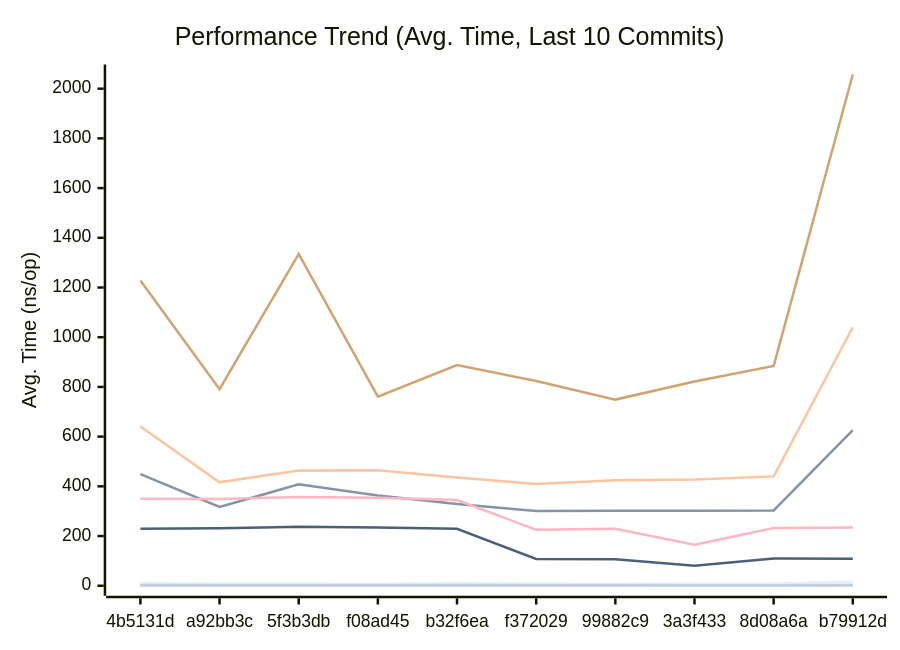
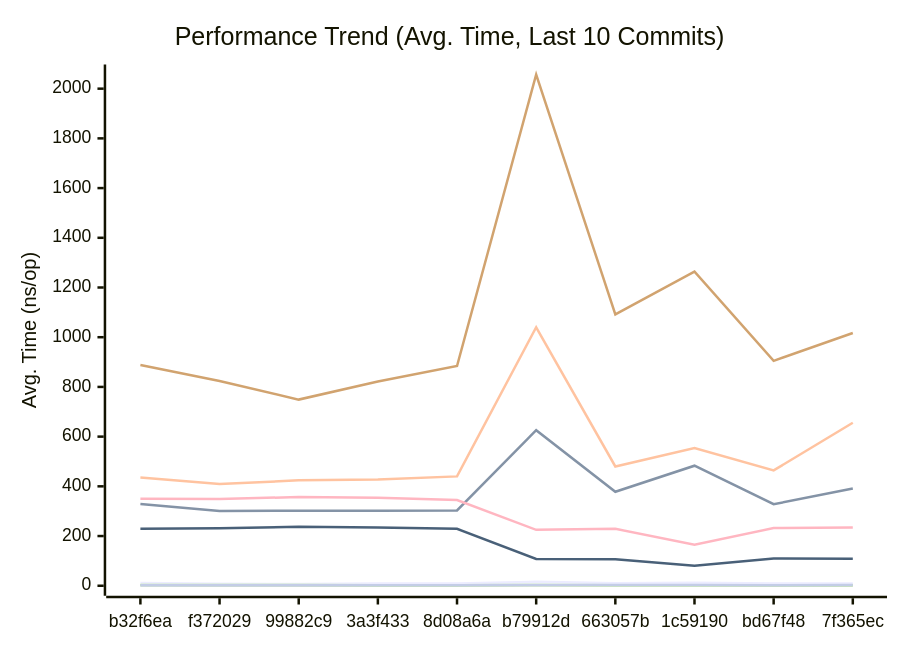
The first of 3 diagrams in docs/PERFORMANCE.md (alsotoes/momo), drawn with Mermaid before and after one commit. The commit also changed other lines of this file and 2 other files, not shown here.

````diff
--- a/docs/PERFORMANCE.md
+++ b/docs/PERFORMANCE.md
@@ -80,16 +80,16 @@
 ```mermaid
 xychart-beta
     title "Performance Trend (Avg. Time, Last 10 Commits)"
     x-axis "Commit"
     y-axis "Avg. Time (ns/op)"
-    x-axis [4b5131d,a92bb3c,5f3b3db,f08ad45,b32f6ea,f372029,99882c9,3a3f433,8d08a6a,b79912d]
-    line "CheckMetricsAndSwap" [11,8,8,7,11,8,7,9,9,16]
-    line "CrushOptimized" [449,317,408,363,329,301,302,302,303,626]
-    line "CrushOriginal" [641,416,464,465,436,409,424,427,440,1040]
-    line "IndexDirectTracking" [0,0,0,0,1,0,0,0,0,1]
-    line "IndexSearch" [3,3,3,3,3,3,3,2,2,3]
-    line "LoadGlobalConfig" [1228,791,1335,761,888,824,749,822,884,2057]
-    line "PadString" [2,2,2,2,2,2,2,2,2,3]
+    x-axis [b32f6ea,f372029,99882c9,3a3f433,8d08a6a,b79912d,663057b,1c59190,bd67f48,7f365ec]
+    line "CheckMetricsAndSwap" [11,8,7,9,9,16,10,12,9,9]
+    line "CrushOptimized" [329,301,302,302,303,626,378,483,328,391]
+    line "CrushOriginal" [436,409,424,427,440,1040,480,554,464,656]
+    line "IndexDirectTracking" [1,0,0,0,0,1,1,1,0,0]
+    line "IndexSearch" [3,3,3,2,2,3,2,2,2,2]
+    line "LoadGlobalConfig" [888,824,749,822,884,2057,1092,1264,905,1017]
+    line "PadString" [2,2,2,2,2,3,3,3,2,3]
     line "ParseReplicationOrder_NoPrealloc" [350,349,357,354,345,225,229,165,232,234]
     line "ParseReplicationOrder_Prealloc" [229,231,237,234,229,108,107,80,110,109]
 ```
````
